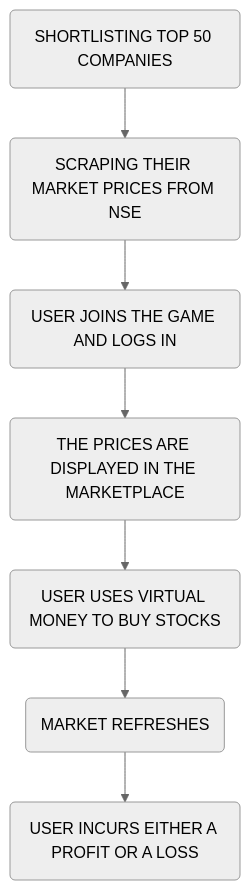
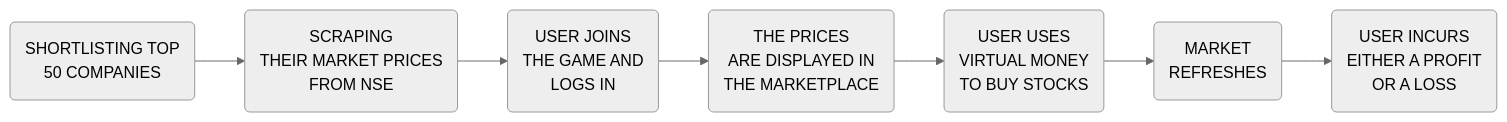
Before and after one commit to namanctrvd/Stocky: the first of 3 diagrams in README.md, drawn with Mermaid (neutral theme). The commit also changed other lines of this file, not shown here.

Commit message:
improved flowchart

````diff
--- a/README.md
+++ b/README.md
@@ -15,9 +15,9 @@
 ```mermaid
-graph TD;
-    A(SHORTLISTING TOP 50 COMPANIES)-->B(SCRAPING THEIR MARKET PRICES FROM NSE);
-    B-->C(USER JOINS THE GAME AND LOGS IN);
-    C-->D(THE PRICES ARE DISPLAYED IN THE MARKETPLACE);
-    D-->E(USER USES VIRTUAL MONEY TO BUY STOCKS);
-    E-->F(MARKET REFRESHES);
-    F-->G(USER INCURS EITHER A PROFIT OR A LOSS);
+graph LR;
+    A(SHORTLISTING TOP </br> 50 COMPANIES)-->B(SCRAPING </br> THEIR MARKET PRICES </br> FROM NSE);
+    B-->C(USER JOINS </br> THE GAME AND </br> LOGS IN);
+    C-->D(THE PRICES </br> ARE DISPLAYED IN </br> THE MARKETPLACE);
+    D-->E(USER USES </br> VIRTUAL MONEY </br> TO BUY STOCKS);
+    E-->F(MARKET </br> REFRESHES);
+    F-->G(USER INCURS </br> EITHER A PROFIT </br> OR A LOSS);
 ```
````
